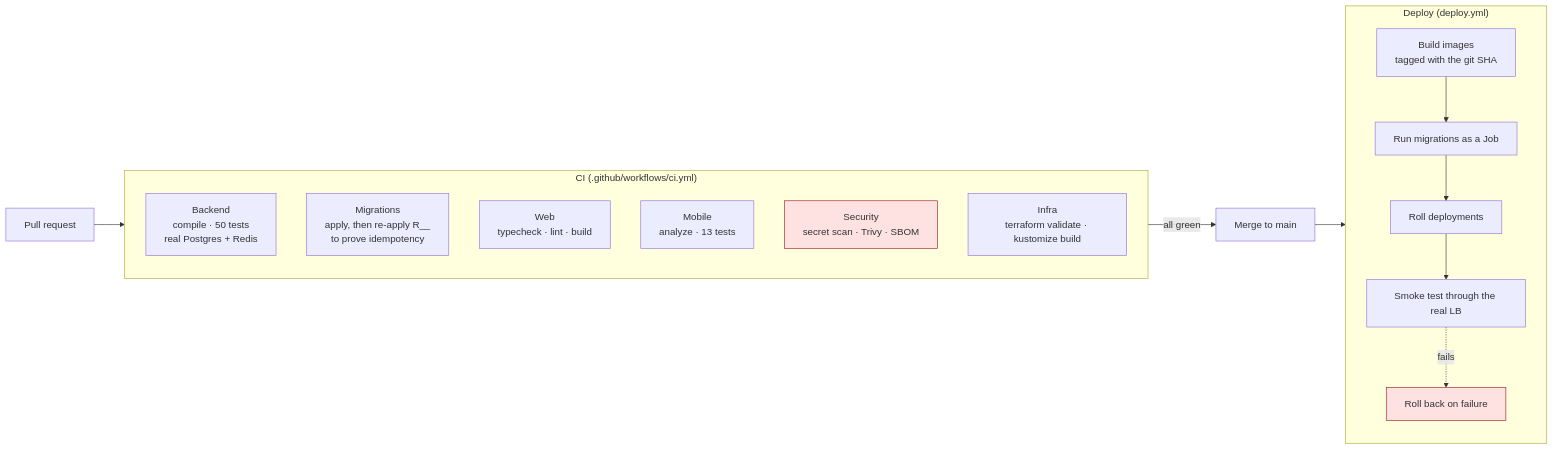
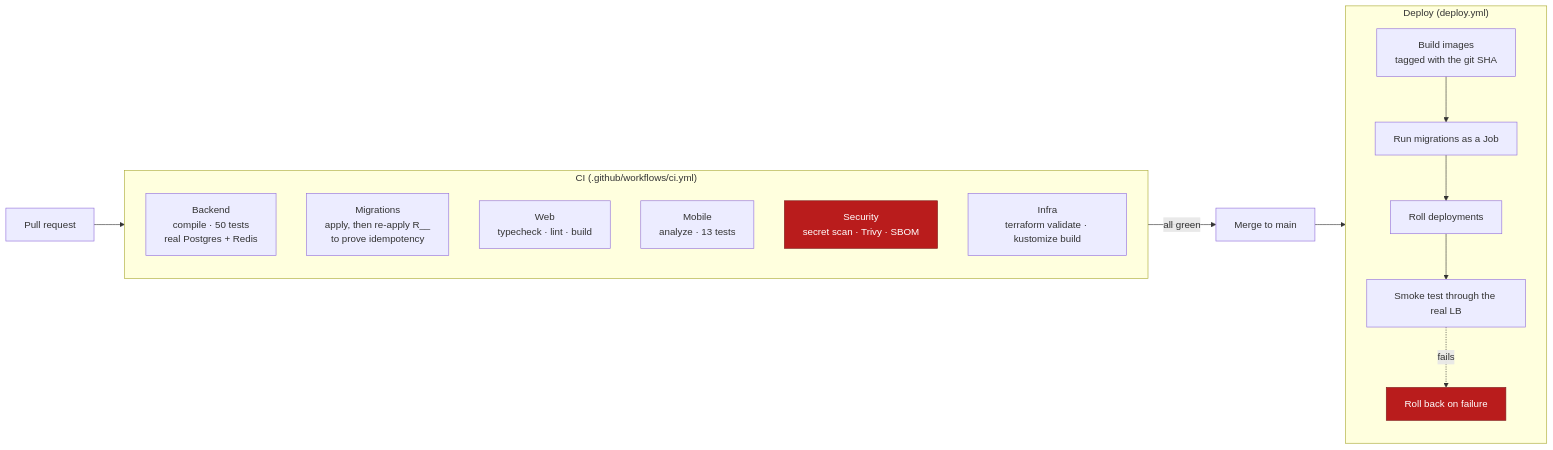
Before and after one commit to ahmedselimmansor-ctrl/Eshop-E-Comerce-NEXT.JS-Spring-Boot: diagram 18 of 18 in README.md, drawn with Mermaid. The commit also changed other lines of this file, not shown here.

````diff
--- a/README.md
+++ b/README.md
@@ -850,32 +885,32 @@
 ```mermaid
 flowchart LR
     PR["Pull request"] --> CI
 
     subgraph CI ["CI (.github/workflows/ci.yml)"]
         direction TB
         BE["Backend<br/>compile · 50 tests<br/>real Postgres + Redis"]
         MIG["Migrations<br/>apply, then re-apply R__<br/>to prove idempotency"]
         WEB["Web<br/>typecheck · lint · build"]
         MOB["Mobile<br/>analyze · 13 tests"]
         SEC["Security<br/>secret scan · Trivy · SBOM"]
         INF["Infra<br/>terraform validate · kustomize build"]
     end
 
     CI -->|"all green"| MERGE["Merge to main"]
     MERGE --> DEPLOY
 
     subgraph DEPLOY ["Deploy (deploy.yml)"]
         direction TB
         IMG["Build images<br/>tagged with the git SHA"]
         DBJ["Run migrations as a Job"]
         ROLL["Roll deployments"]
         SMOKE["Smoke test through the real LB"]
         RB["Roll back on failure"]
     end
 
     IMG --> DBJ --> ROLL --> SMOKE
     SMOKE -.->|"fails"| RB
 
-    style SEC fill:#fee2e2,stroke:#991b1b
-    style RB fill:#fee2e2,stroke:#991b1b
+    style SEC fill:#b91c1c,stroke:#7f1d1d,color:#ffffff
+    style RB fill:#b91c1c,stroke:#7f1d1d,color:#ffffff
 ```
````
